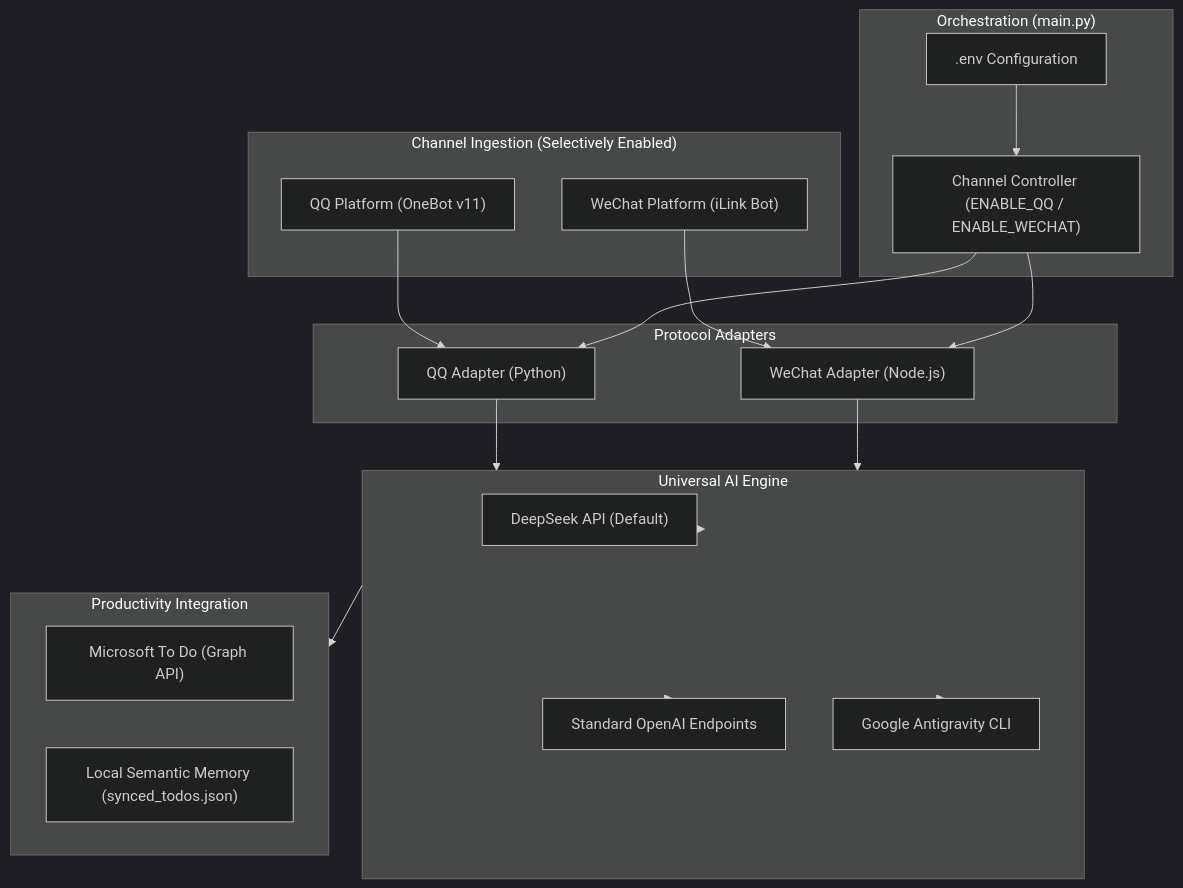
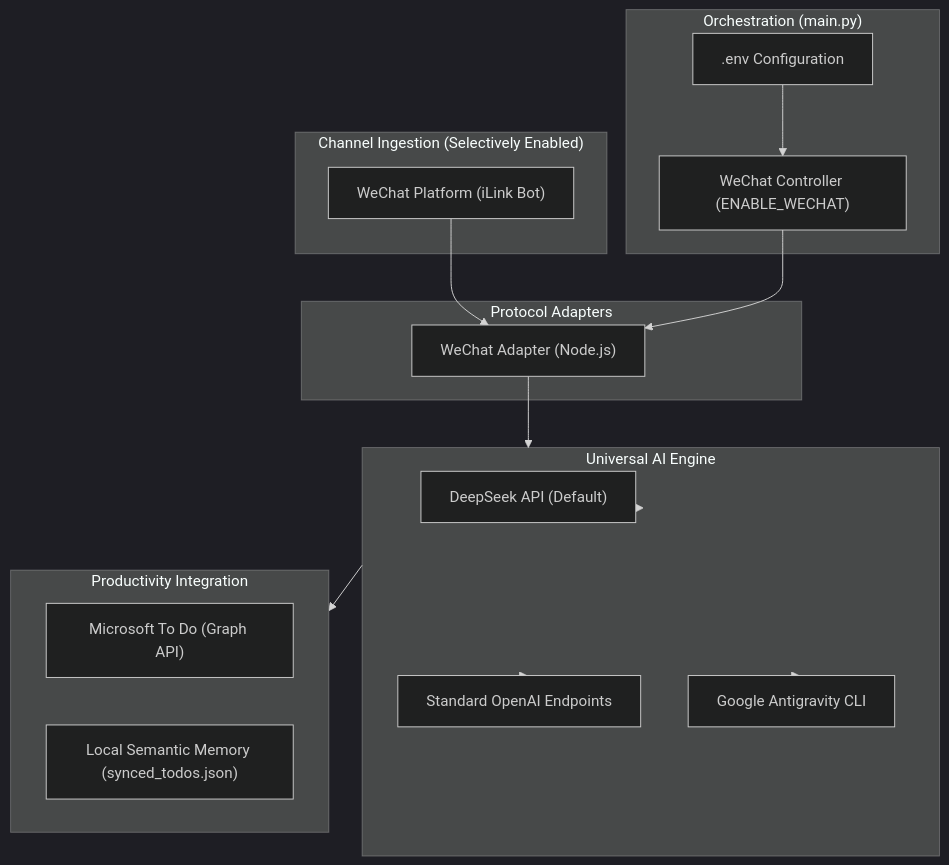
The diagram in README.md (waaogg/omni-assistant), drawn with Mermaid (dark theme) before and after one commit. The commit also changed other lines of this file and 21 other files, not shown here.

First line of the commit message:
feat(wechat): multi-user isolation, cross-platform todo-mcp & antigravity cli integration

````diff
--- a/README.md
+++ b/README.md
@@ -50,40 +53,35 @@
 ```mermaid
 flowchart TD
     subgraph Channels ["Channel Ingestion (Selectively Enabled)"]
-        QQ["QQ Platform (OneBot v11)"]
         WX["WeChat Platform (iLink Bot)"]
     end
 
     subgraph Adapters ["Protocol Adapters"]
-        QA["QQ Adapter (Python)"]
         WA["WeChat Adapter (Node.js)"]
     end
 
     subgraph Orchestrator ["Orchestration (main.py)"]
         CFG[".env Configuration"]
-        SW["Channel Controller (ENABLE_QQ / ENABLE_WECHAT)"]
+        SW["WeChat Controller (ENABLE_WECHAT)"]
     end
 
     subgraph Core_AI ["Universal AI Engine"]
         DS["DeepSeek API (Default)"]
         OAI["Standard OpenAI Endpoints"]
         AGY["Google Antigravity CLI"]
     end
 
     subgraph Productivity ["Productivity Integration"]
         TODO["Microsoft To Do (Graph API)"]
         MEM["Local Semantic Memory (synced_todos.json)"]
     end
 
-    QQ --> QA
     WX --> WA
     CFG --> SW
-    SW --> QA
     SW --> WA
-    QA --> Core_AI
     WA --> Core_AI
     Core_AI --> DS
     Core_AI --> OAI
     Core_AI --> AGY
     Core_AI --> Productivity
 ```
````
